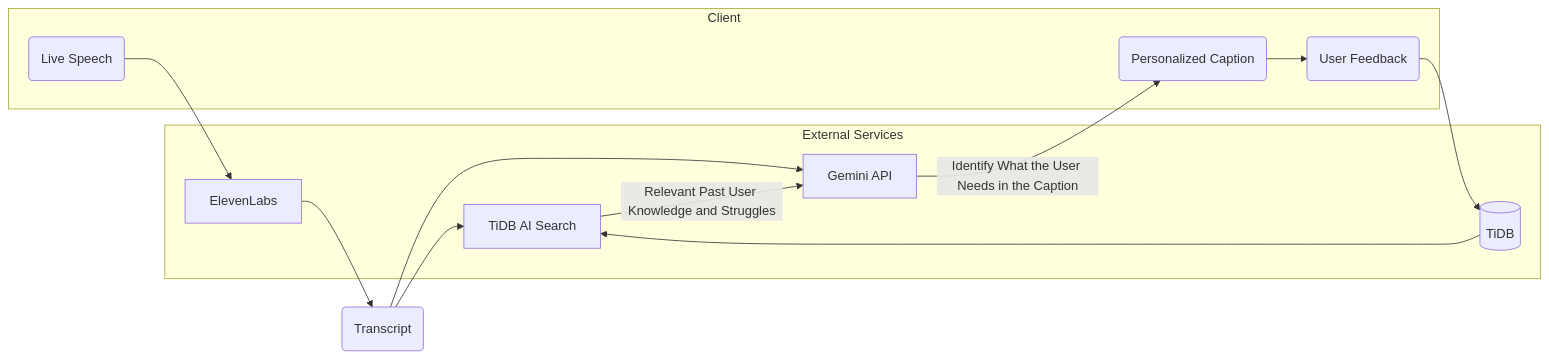
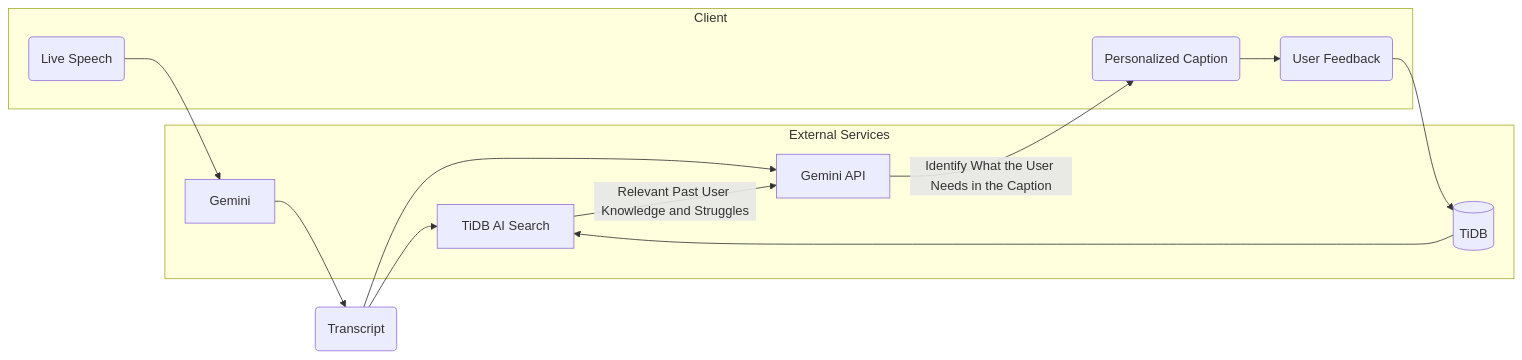
Before and after one commit to Noisymarc/STORMHACKS-2026: the diagram in ARCHITECTURE.md, drawn with Mermaid.

Commit message:
Replace ElevenLabs with Gemini for the transcripton process

````diff
--- a/ARCHITECTURE.md
+++ b/ARCHITECTURE.md
@@ -3,29 +3,29 @@
 ```mermaid
 flowchart LR
     subgraph Client
         A(Live Speech)
         F(Personalized Caption)
         G(User Feedback)
     end
     C(Transcript)
     subgraph External Services
-        B[ElevenLabs]
+        B[Gemini]
         D[TiDB AI Search]
         E[Gemini API]
         H[(TiDB)]
     end
     
     A --> B
     B --> C
 
     C --> D
 
     C --> E
     D -->|Relevant Past User Knowledge and Struggles| E
 
     E -->|Identify What the User Needs in the Caption| F
     F --> G
 
     G --> H
     H --> D 
 ```
````
